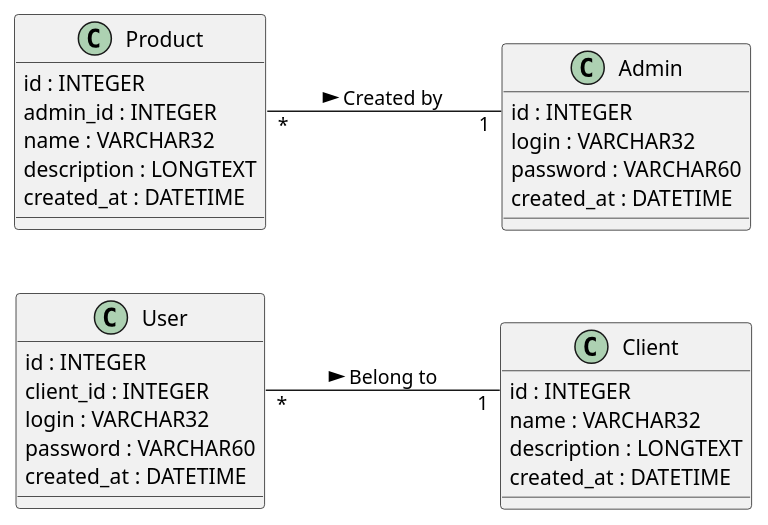
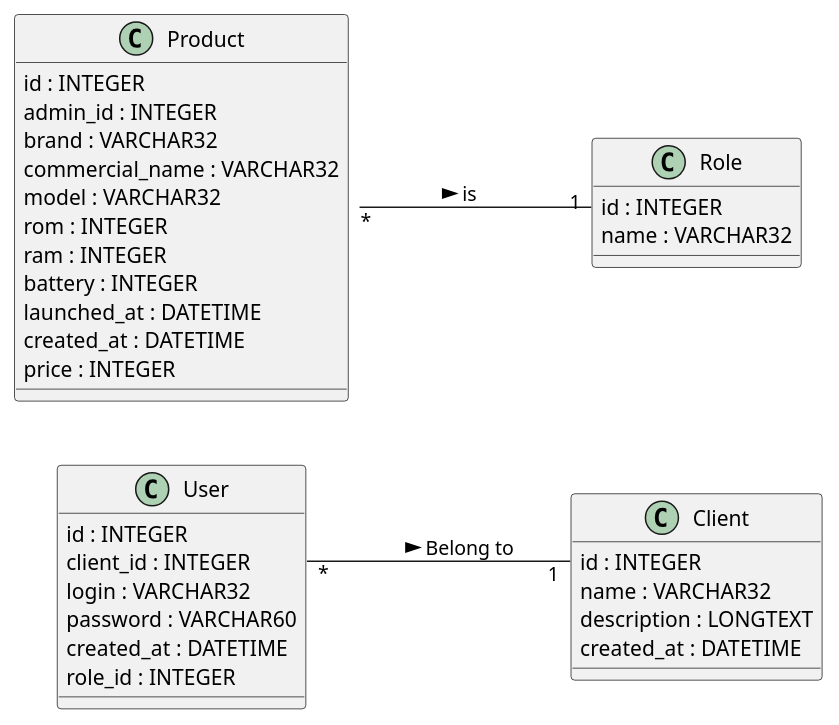
One commit to Xwyk/BileMo changed the diagram in diagrams/dbModel.puml. Above: the diagram before and after it, drawn with PlantUML.

Commit message:
model update

```diff
--- a/diagrams/dbModel.puml
+++ b/diagrams/dbModel.puml
@@ -1,36 +1,41 @@
 @startuml
 'https://plantuml.com/class-diagram
 
 left to right direction
 
 class User {
   id : INTEGER
   client_id : INTEGER
   login : VARCHAR32
   password : VARCHAR60
   created_at : DATETIME
+  role_id : INTEGER
+}
+class Role{
+  id : INTEGER
+  name : VARCHAR32
 }
 class Client{
   id : INTEGER
   name : VARCHAR32
   description : LONGTEXT
   created_at : DATETIME
  }
-class Admin{
-  id : INTEGER
-  login : VARCHAR32
-  password : VARCHAR60
-  created_at : DATETIME
-}
 class Product{
   id : INTEGER
   admin_id : INTEGER
-  name : VARCHAR32
-  description : LONGTEXT
+  brand : VARCHAR32
+  commercial_name : VARCHAR32
+  model : VARCHAR32
+  rom : INTEGER
+  ram : INTEGER
+  battery : INTEGER
+  launched_at : DATETIME
   created_at : DATETIME
+  price : INTEGER
 }
 
 User::client_id "*" -- "1" Client::id : Belong to >
-Product::admin_id "*" -- "1" Admin::id : Created by >
+Product::role_id "*" -- "1" Role::id : is >
 
 @enduml
```
